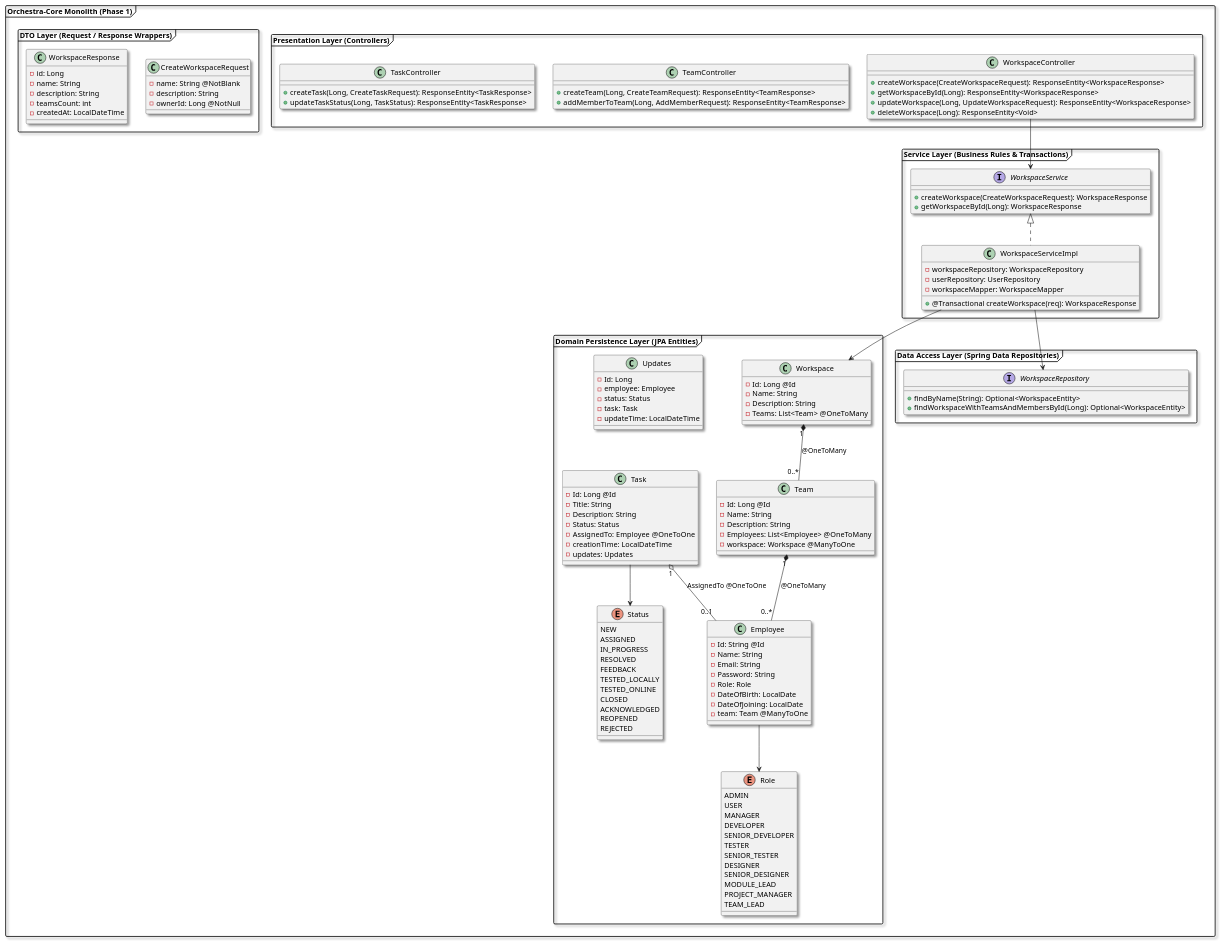
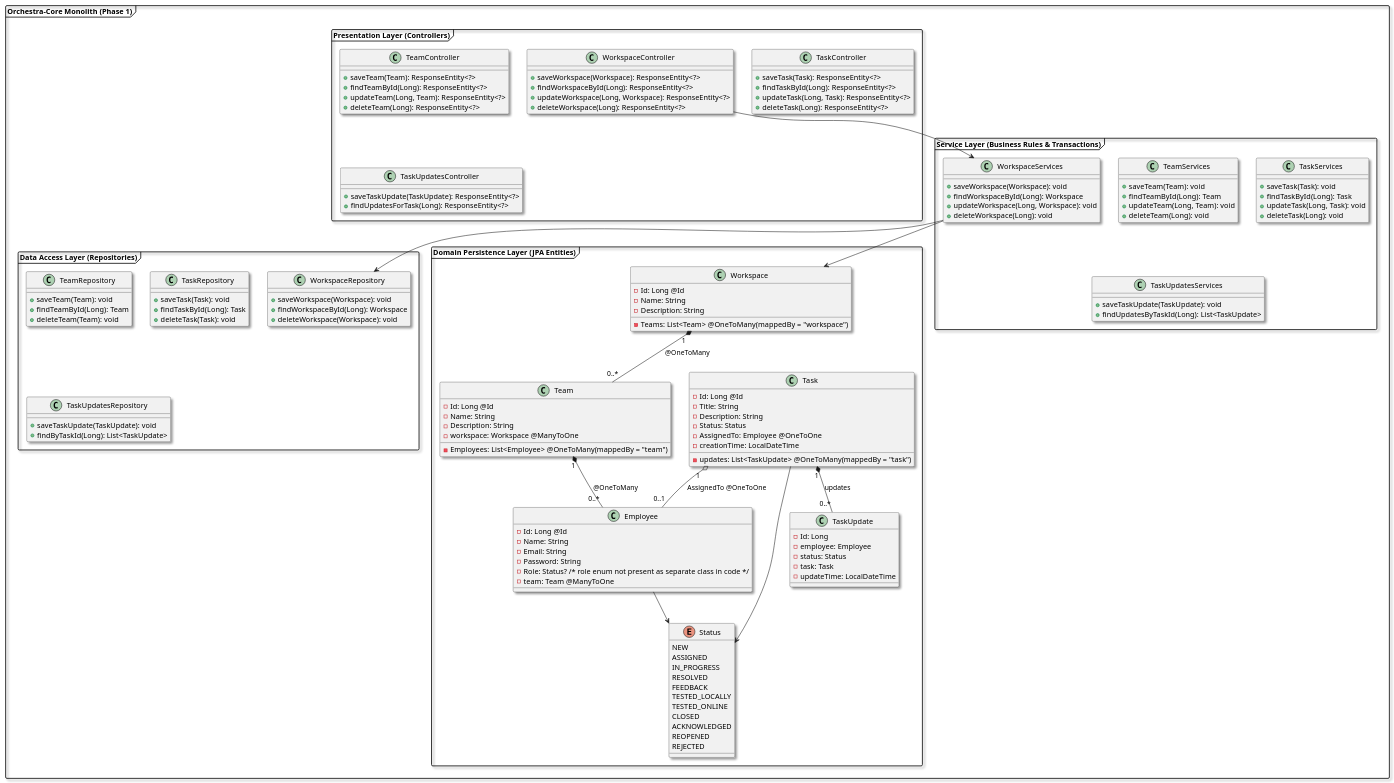
Before and after one commit to Ash4059/Orchestation: the diagram in docs/image/architecture/Orchestation_lld.puml, drawn with PlantUML.

Commit message:
feat: update controllers and services to use request/response DTOs for Workspace, Team, and Task

```diff
--- a/docs/image/architecture/Orchestation_lld.puml
+++ b/docs/image/architecture/Orchestation_lld.puml
@@ -1,151 +1,161 @@
 @startuml Orchestra_Core_Phase1_LLD
 
 skinparam componentStyle uml2
 skinparam Monochrome false
 skinparam Shadowing true
 skinparam packageStyle Frame
 
 package "Orchestra-Core Monolith (Phase 1)" {
 
     package "Presentation Layer (Controllers)" {
         class WorkspaceController {
-            + createWorkspace(CreateWorkspaceRequest): ResponseEntity<WorkspaceResponse>
-            + getWorkspaceById(Long): ResponseEntity<WorkspaceResponse>
-            + updateWorkspace(Long, UpdateWorkspaceRequest): ResponseEntity<WorkspaceResponse>
-            + deleteWorkspace(Long): ResponseEntity<Void>
+            + saveWorkspace(Workspace): ResponseEntity<?>
+            + findWorkspaceById(Long): ResponseEntity<?>
+            + updateWorkspace(Long, Workspace): ResponseEntity<?>
+            + deleteWorkspace(Long): ResponseEntity<?>
         }
 
         class TeamController {
-            + createTeam(Long, CreateTeamRequest): ResponseEntity<TeamResponse>
-            + addMemberToTeam(Long, AddMemberRequest): ResponseEntity<TeamResponse>
+            + saveTeam(Team): ResponseEntity<?>
+            + findTeamById(Long): ResponseEntity<?>
+            + updateTeam(Long, Team): ResponseEntity<?>
+            + deleteTeam(Long): ResponseEntity<?>
         }
 
         class TaskController {
-            + createTask(Long, CreateTaskRequest): ResponseEntity<TaskResponse>
-            + updateTaskStatus(Long, TaskStatus): ResponseEntity<TaskResponse>
+            + saveTask(Task): ResponseEntity<?>
+            + findTaskById(Long): ResponseEntity<?>
+            + updateTask(Long, Task): ResponseEntity<?>
+            + deleteTask(Long): ResponseEntity<?>
         }
-    }
 
-    package "DTO Layer (Request / Response Wrappers)" {
-        class CreateWorkspaceRequest {
-            - name: String @NotBlank
-            - description: String
-            - ownerId: Long @NotNull
-        }
-        class WorkspaceResponse {
-            - id: Long
-            - name: String
-            - description: String
-            - teamsCount: int
-            - createdAt: LocalDateTime
+        class TaskUpdatesController {
+            + saveTaskUpdate(TaskUpdate): ResponseEntity<?>
+            + findUpdatesForTask(Long): ResponseEntity<?>
         }
     }
 
     package "Service Layer (Business Rules & Transactions)" {
-        interface WorkspaceService {
-            + createWorkspace(CreateWorkspaceRequest): WorkspaceResponse
-            + getWorkspaceById(Long): WorkspaceResponse
+        class WorkspaceServices {
+            + saveWorkspace(Workspace): void
+            + findWorkspaceById(Long): Workspace
+            + updateWorkspace(Long, Workspace): void
+            + deleteWorkspace(Long): void
         }
-        
-        class WorkspaceServiceImpl implements WorkspaceService {
-            - workspaceRepository: WorkspaceRepository
-            - userRepository: UserRepository
-            - workspaceMapper: WorkspaceMapper
-            + @Transactional createWorkspace(req): WorkspaceResponse
+
+        class TeamServices {
+            + saveTeam(Team): void
+            + findTeamById(Long): Team
+            + updateTeam(Long, Team): void
+            + deleteTeam(Long): void
+        }
+
+        class TaskServices {
+            + saveTask(Task): void
+            + findTaskById(Long): Task
+            + updateTask(Long, Task): void
+            + deleteTask(Long): void
+        }
+
+        class TaskUpdatesServices {
+            + saveTaskUpdate(TaskUpdate): void
+            + findUpdatesByTaskId(Long): List<TaskUpdate>
         }
     }
 
     package "Domain Persistence Layer (JPA Entities)" {
         class Workspace {
             - Id: Long @Id
             - Name: String
             - Description: String
-            - Teams: List<Team> @OneToMany
+            - Teams: List<Team> @OneToMany(mappedBy = "workspace")
         }
 
         class Team {
             - Id: Long @Id
             - Name: String
             - Description: String
-            - Employees: List<Employee> @OneToMany
+            - Employees: List<Employee> @OneToMany(mappedBy = "team")
             - workspace: Workspace @ManyToOne
         }
 
         class Employee {
-            - Id: String @Id
+            - Id: Long @Id
             - Name: String
             - Email: String
             - Password: String
-            - Role: Role
-            - DateOfBirth: LocalDate
-            - DateOfJoining: LocalDate
+            - Role: Status? /* role enum not present as separate class in code */
             - team: Team @ManyToOne
         }
 
         class Task {
             - Id: Long @Id
             - Title: String
             - Description: String
             - Status: Status
             - AssignedTo: Employee @OneToOne
             - creationTime: LocalDateTime
-            - updates: Updates
+            - updates: List<TaskUpdate> @OneToMany(mappedBy = "task")
         }
 
-        class Updates {
+        class TaskUpdate {
             - Id: Long
             - employee: Employee
             - status: Status
             - task: Task
             - updateTime: LocalDateTime
-        }
-
-        enum Role {
-            ADMIN
-            USER
-            MANAGER
-            DEVELOPER
-            SENIOR_DEVELOPER
-            TESTER
-            SENIOR_TESTER
-            DESIGNER
-            SENIOR_DESIGNER
-            MODULE_LEAD
-            PROJECT_MANAGER
-            TEAM_LEAD
         }
 
         enum Status {
             NEW
             ASSIGNED
             IN_PROGRESS
             RESOLVED
             FEEDBACK
             TESTED_LOCALLY
             TESTED_ONLINE
             CLOSED
             ACKNOWLEDGED
             REOPENED
             REJECTED
         }
     }
 
 
-    package "Data Access Layer (Spring Data Repositories)" {
-        interface WorkspaceRepository {
-            + findByName(String): Optional<WorkspaceEntity>
-            + findWorkspaceWithTeamsAndMembersById(Long): Optional<WorkspaceEntity>
+    package "Data Access Layer (Repositories)" {
+        class WorkspaceRepository {
+            + saveWorkspace(Workspace): void
+            + findWorkspaceById(Long): Workspace
+            + deleteWorkspace(Workspace): void
+        }
+
+        class TeamRepository {
+            + saveTeam(Team): void
+            + findTeamById(Long): Team
+            + deleteTeam(Team): void
+        }
+
+        class TaskRepository {
+            + saveTask(Task): void
+            + findTaskById(Long): Task
+            + deleteTask(Task): void
+        }
+
+        class TaskUpdatesRepository {
+            + saveTaskUpdate(TaskUpdate): void
+            + findByTaskId(Long): List<TaskUpdate>
         }
     }
 }
 
-WorkspaceController --> WorkspaceService
-WorkspaceServiceImpl --> WorkspaceRepository
-WorkspaceServiceImpl --> Workspace
+WorkspaceController --> WorkspaceServices
+WorkspaceServices --> WorkspaceRepository
+WorkspaceServices --> Workspace
 Workspace "1" *-- "0..*" Team : @OneToMany
 Team "1" *-- "0..*" Employee : @OneToMany
-Employee --> Role
+Employee --> Status
 Task --> Status
 Task "1" o-- "0..1" Employee : AssignedTo @OneToOne
+Task "1" *-- "0..*" TaskUpdate : updates
 
 @enduml
```
